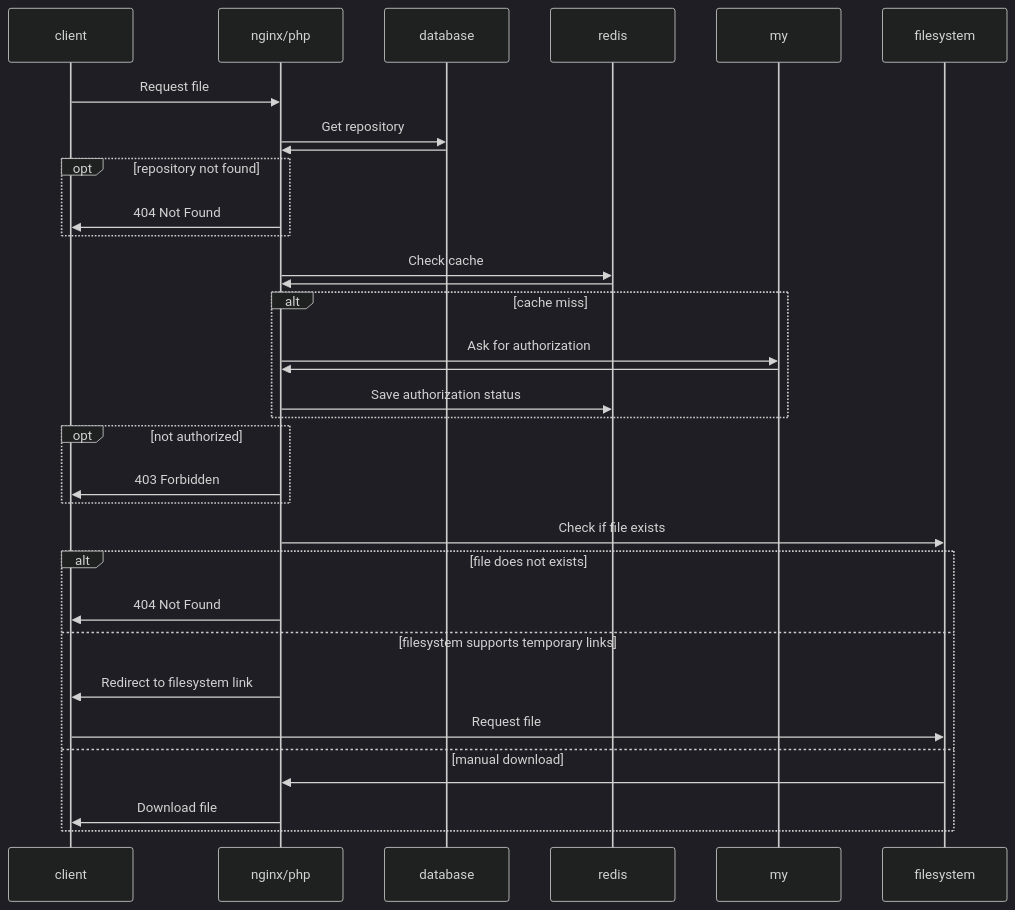
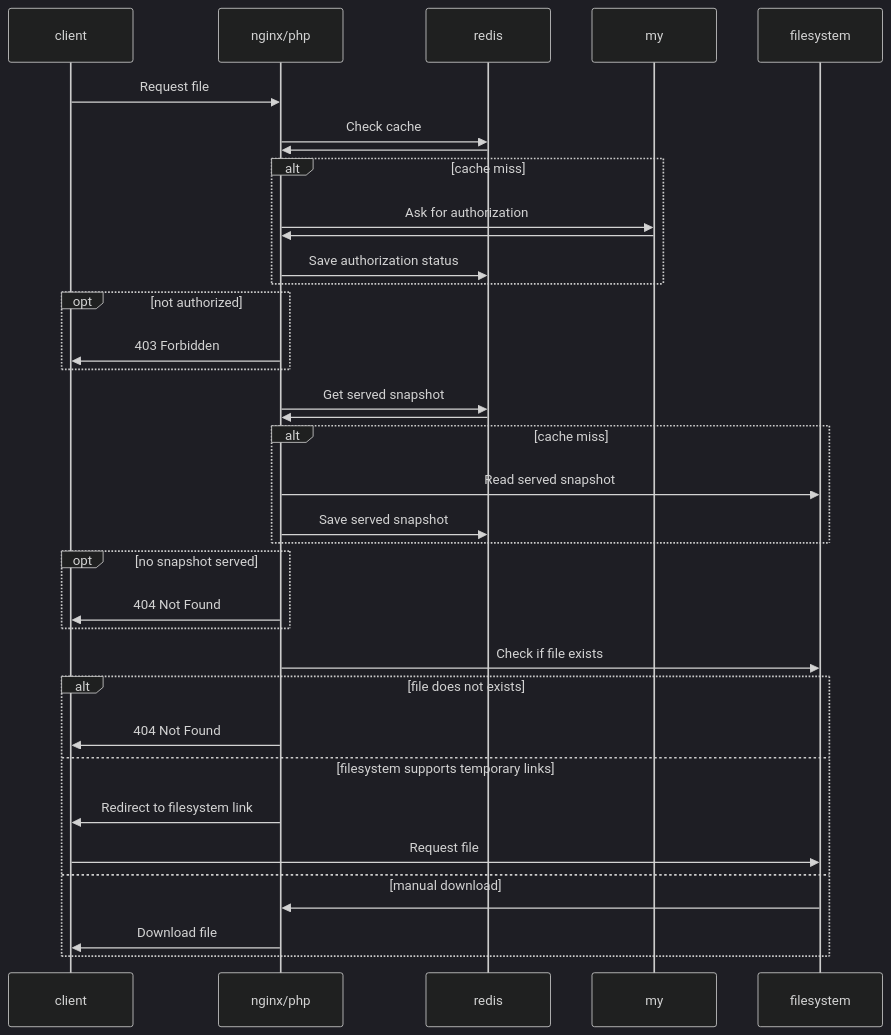
The first of 2 diagrams in README.md (nethesis/parceler), drawn with Mermaid (dark theme) before and after one commit. The commit also changed other lines of this file and 14 other files, not shown here.

````diff
--- a/README.md
+++ b/README.md
@@ -30,29 +30,33 @@
 ```mermaid
 sequenceDiagram
     client ->> nginx/php: Request file
-    nginx/php ->>database: Get repository
-    database ->> nginx/php: 
-    opt repository not found
-        nginx/php ->> client: 404 Not Found
-    end
     nginx/php ->> redis: Check cache
     redis ->> nginx/php: 
     alt cache miss
         nginx/php ->> my: Ask for authorization
         my ->> nginx/php: 
         nginx/php ->> redis: Save authorization status
     end
     opt not authorized
         nginx/php ->> client: 403 Forbidden
+    end
+    nginx/php ->> redis: Get served snapshot
+    redis ->> nginx/php: 
+    alt cache miss
+        nginx/php ->> filesystem: Read served snapshot
+        nginx/php ->> redis: Save served snapshot
+    end
+    opt no snapshot served
+        nginx/php ->> client: 404 Not Found
     end
     nginx/php ->> filesystem: Check if file exists
     alt file does not exists
         nginx/php ->> client: 404 Not Found
     else filesystem supports temporary links
         nginx/php ->> client: Redirect to filesystem link 
         client ->> filesystem: Request file
     else manual download
         filesystem ->> nginx/php: 
         nginx/php ->> client: Download file
     end
 ```
````
